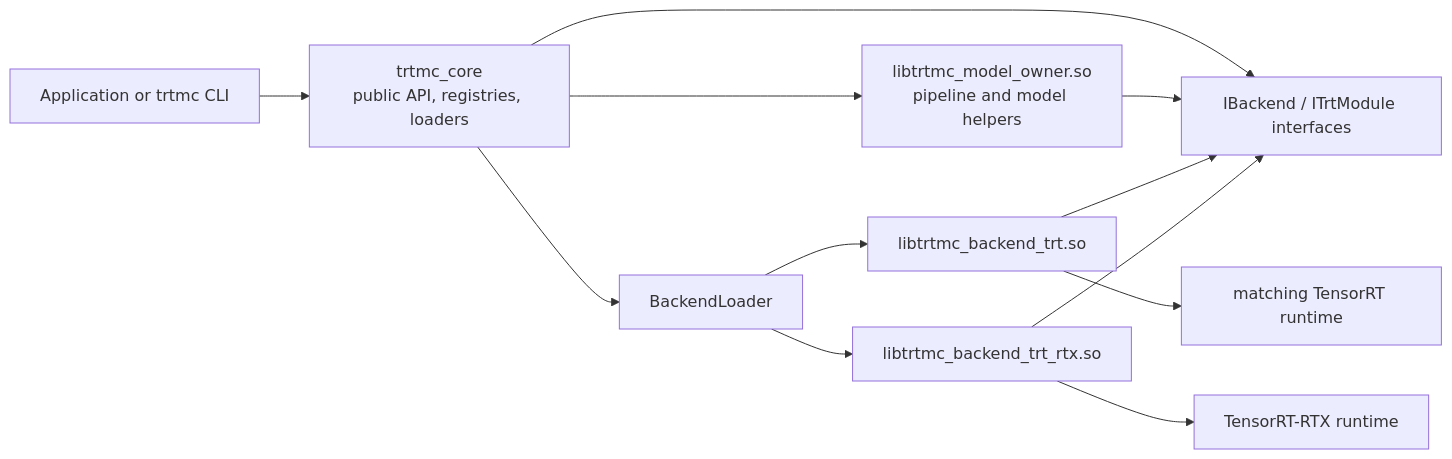
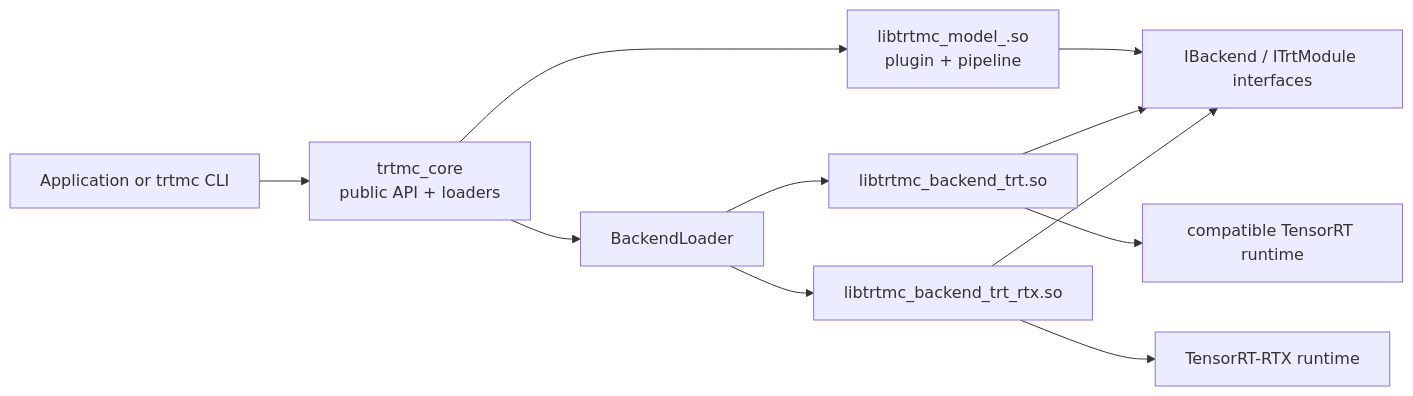
Before and after one commit to NVIDIA/TensorRT-Model-Connect: the diagram in website/docs/architecture/build-system.md, drawn with Mermaid. The commit also changed other lines of this file and 86 other files, not shown here.

````diff
--- a/website/docs/architecture/build-system.md
+++ b/website/docs/architecture/build-system.md
@@ -65,14 +38,14 @@
 ```mermaid
 flowchart LR
-  App["Application or trtmc CLI"] --> Core["trtmc_core<br/>public API, registries, loaders"]
-  Core --> ModelDSO["libtrtmc_model_owner.so<br/>pipeline and model helpers"]
-  Core --> Loader["BackendLoader"]
-  Loader --> TrtDso["libtrtmc_backend_trt.so"]
-  Loader --> RtxDso["libtrtmc_backend_trt_rtx.so"]
-  Core --> BackendApi["IBackend / ITrtModule interfaces"]
-  ModelDSO --> BackendApi
-  TrtDso --> BackendApi
-  RtxDso --> BackendApi
-  TrtDso --> LibNvinfer["matching TensorRT runtime"]
-  RtxDso --> RtxRuntime["TensorRT-RTX runtime"]
+  App["Application or trtmc CLI"] --> Core["trtmc_core<br/>public API + loaders"]
+  Core --> ModelDSO["libtrtmc_model_<owner>.so<br/>plugin + pipeline"]
+  Core --> BackendLoader["BackendLoader"]
+  BackendLoader --> TrtBackend["libtrtmc_backend_trt.so"]
+  BackendLoader --> RtxBackend["libtrtmc_backend_trt_rtx.so"]
+
+  ModelDSO --> Interfaces["IBackend / ITrtModule interfaces"]
+  TrtBackend --> Interfaces
+  RtxBackend --> Interfaces
+  TrtBackend --> TensorRT["compatible TensorRT runtime"]
+  RtxBackend --> RTX["TensorRT-RTX runtime"]
 ```
````
